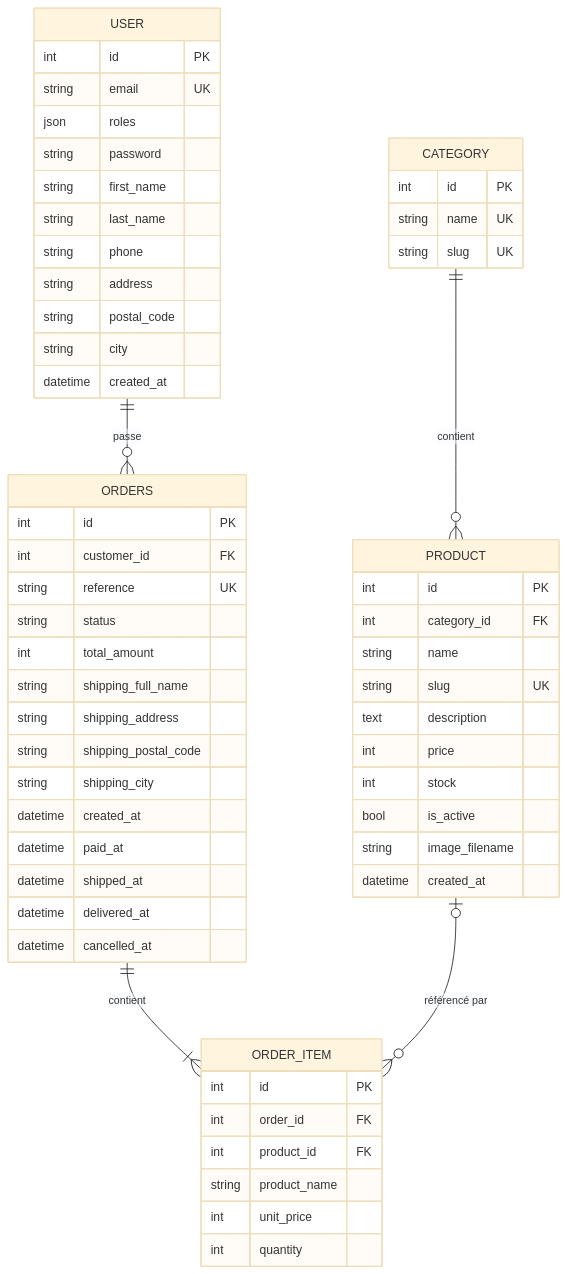
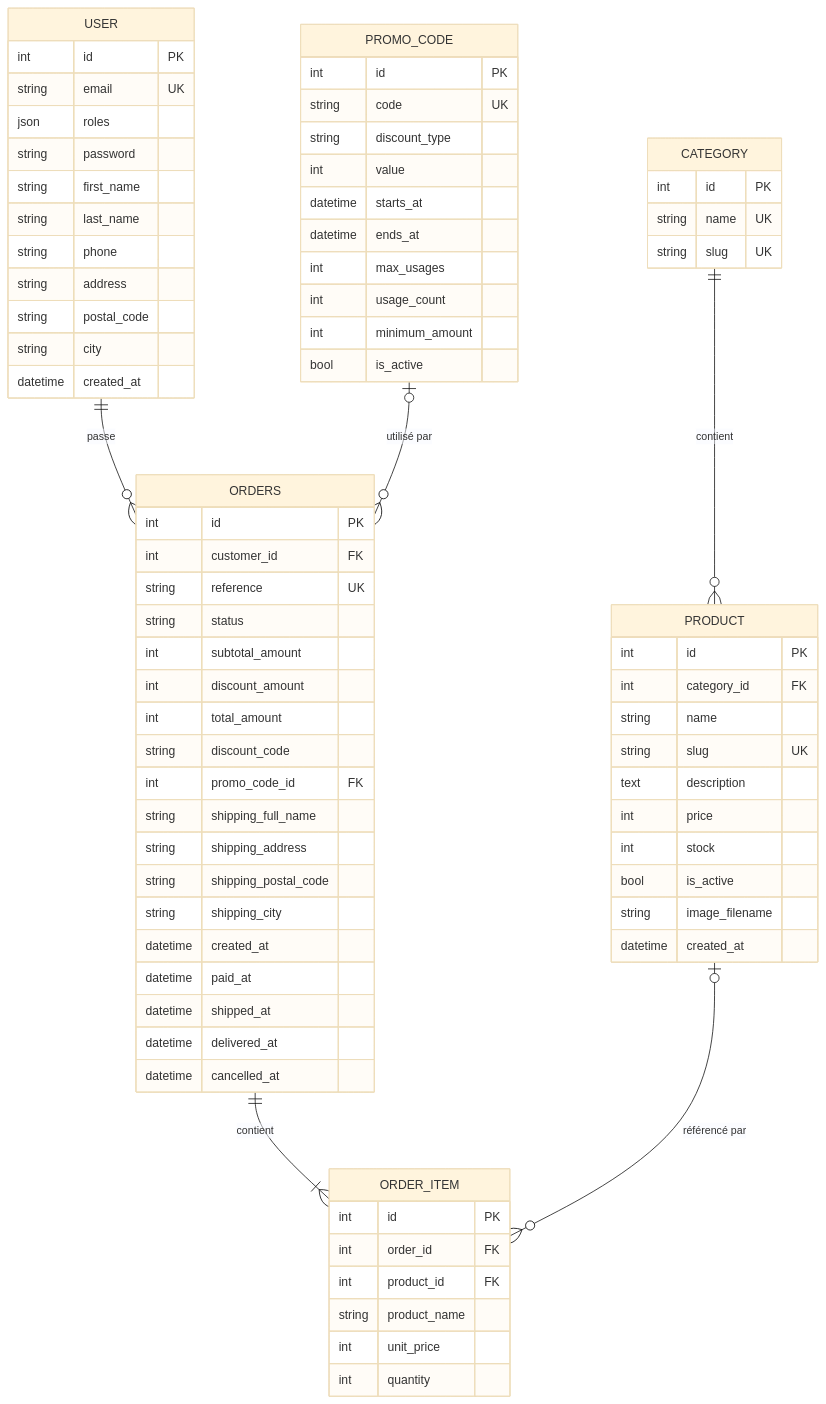
One commit to Math-Pav/e-commerce changed the diagram in docs/modele-de-donnees.md. Above: the diagram before and after it, drawn with Mermaid (base theme). The commit also changed other lines of this file and 2 other files, not shown here.

Commit message:
Documente les codes promo (ADR 0016, modèle de données, périmètre)

````diff
--- a/docs/modele-de-donnees.md
+++ b/docs/modele-de-donnees.md
@@ -7,62 +7,79 @@
 ```mermaid
 erDiagram
     CATEGORY ||--o{ PRODUCT : contient
     USER ||--o{ ORDERS : passe
     ORDERS ||--|{ ORDER_ITEM : contient
     PRODUCT |o--o{ ORDER_ITEM : "référencé par"
+    PROMO_CODE |o--o{ ORDERS : "utilisé par"
 
     CATEGORY {
         int id PK
         string name UK
         string slug UK
     }
     PRODUCT {
         int id PK
         int category_id FK
         string name
         string slug UK
         text description
         int price
         int stock
         bool is_active
         string image_filename
         datetime created_at
     }
     USER {
         int id PK
         string email UK
         json roles
         string password
         string first_name
         string last_name
         string phone
         string address
         string postal_code
         string city
         datetime created_at
     }
     ORDERS {
         int id PK
         int customer_id FK
         string reference UK
         string status
+        int subtotal_amount
+        int discount_amount
         int total_amount
+        string discount_code
+        int promo_code_id FK
         string shipping_full_name
         string shipping_address
         string shipping_postal_code
         string shipping_city
         datetime created_at
         datetime paid_at
         datetime shipped_at
         datetime delivered_at
         datetime cancelled_at
     }
+    PROMO_CODE {
+        int id PK
+        string code UK
+        string discount_type
+        int value
+        datetime starts_at
+        datetime ends_at
+        int max_usages
+        int usage_count
+        int minimum_amount
+        bool is_active
+    }
     ORDER_ITEM {
         int id PK
         int order_id FK
         int product_id FK
         string product_name
         int unit_price
         int quantity
     }
 ```
````
